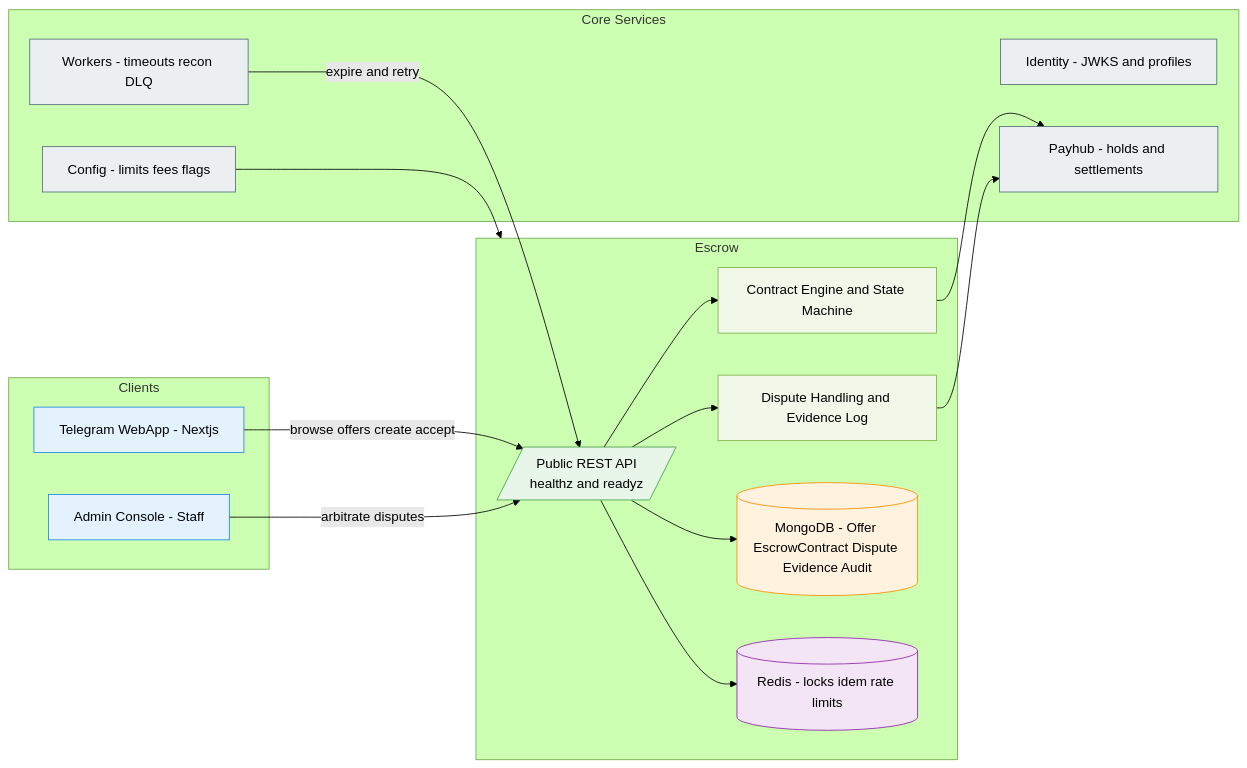
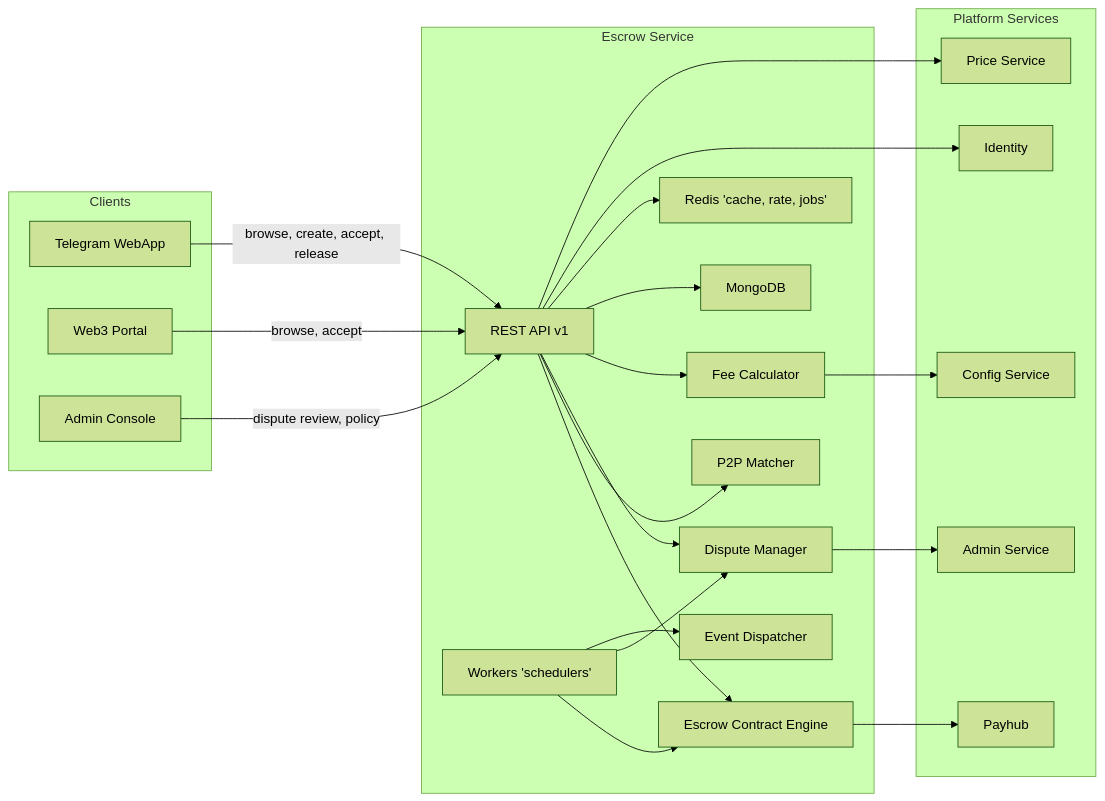
The first of 4 diagrams in miniapp-escrow-service.md (fuzeac/fuze-telegram-mini-app), drawn with Mermaid (forest theme) before and after one commit. The commit also changed other lines of this file, not shown here.

````diff
--- a/miniapp-escrow-service.md
+++ b/miniapp-escrow-service.md
@@ -11,42 +11,49 @@
 ```mermaid
 flowchart LR
-  subgraph Clients
-    WEB[Telegram WebApp - Nextjs]:::client
-    ADMIN[Admin Console - Staff]:::client
+  subgraph "Clients"
+    TG["Telegram WebApp"]
+    W3["Web3 Portal"]
+    ADM["Admin Console"]
   end
 
-  subgraph Escrow
-    API[/Public REST API\nhealthz and readyz/]:::svc
-    ENGINE[Contract Engine and State Machine]:::logic
-    DISPUTE[Dispute Handling and Evidence Log]:::logic
-    DB[(MongoDB - Offer EscrowContract Dispute Evidence Audit)]:::db
-    CACHE[(Redis - locks idem rate limits)]:::cache
+  subgraph "Escrow Service"
+    API["REST API v1"]
+    ENG["Escrow Contract Engine"]
+    MATCH["P2P Matcher"]
+    DIS["Dispute Manager"]
+    FEE["Fee Calculator"]
+    EVT["Event Dispatcher"]
+    DB["MongoDB"]
+    RDS["Redis 'cache, rate, jobs'"]
+    WRK["Workers 'schedulers'"]
   end
 
-  subgraph Core Services
-    IDP[Identity - JWKS and profiles]:::peer
-    PAY[Payhub - holds and settlements]:::peer
-    WORK[Workers - timeouts recon DLQ]:::peer
-    CFG[Config - limits fees flags]:::peer
+  subgraph "Platform Services"
+    ID["Identity"]
+    PAY["Payhub"]
+    CFG["Config Service"]
+    PRICE["Price Service"]
+    ADMIN["Admin Service"]
   end
 
-  WEB -->|browse offers create accept| API
-  ADMIN -->|arbitrate disputes| API
+  TG -->|browse, create, accept, release| API
+  W3 -->|browse, accept| API
+  ADM -->|dispute review, policy| API
 
-  API --> ENGINE
-  API --> DISPUTE
+  API --> ENG
+  API --> MATCH
+  API --> DIS
+  API --> FEE
   API --> DB
-  API --> CACHE
+  API --> RDS
+  WRK --> ENG
+  WRK --> DIS
+  WRK --> EVT
 
-  ENGINE --> PAY
-  DISPUTE --> PAY
-  CFG --> Escrow
-  WORK -->|expire and retry| API
-
-  classDef client fill:#E3F2FD,stroke:#1E88E5;
-  classDef svc fill:#E8F5E9,stroke:#43A047;
-  classDef logic fill:#F1F8E9,stroke:#7CB342;
-  classDef db fill:#FFF3E0,stroke:#FB8C00;
-  classDef cache fill:#F3E5F5,stroke:#8E24AA;
-  classDef peer fill:#ECEFF1,stroke:#546E7A;
+  %% Cross services
+  API --> ID
+  ENG --> PAY
+  FEE --> CFG
+  DIS --> ADMIN
+  API --> PRICE
 ```
````
